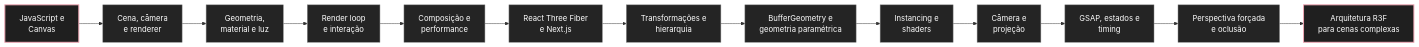
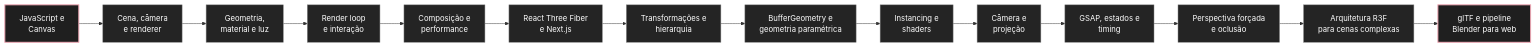
Before and after one commit to leorruas/programacao: the diagram in javascript/07-threejs/00-Guia de estudos de Three.js.md, drawn with Mermaid. The commit also changed other lines of this file, not shown here.

````diff
--- a/javascript/07-threejs/00-Guia de estudos de Three.js.md
+++ b/javascript/07-threejs/00-Guia de estudos de Three.js.md
@@ -30,20 +31,21 @@
 ```mermaid
 flowchart LR
     A["JavaScript e<br>Canvas"] --> B["Cena, câmera<br>e renderer"]
     B --> C["Geometria,<br>material e luz"]
     C --> D["Render loop<br>e interação"]
     D --> E["Composição e<br>performance"]
     E --> F["React Three Fiber<br>e Next.js"]
     F --> G["Transformações e<br>hierarquia"]
     G --> H["BufferGeometry e<br>geometria paramétrica"]
     H --> I["Instancing e<br>shaders"]
     I --> J["Câmera e<br>projeção"]
     J --> K["GSAP, estados e<br>timing"]
     K --> L["Perspectiva forçada<br>e oclusão"]
     L --> M["Arquitetura R3F<br>para cenas complexas"]
+    M --> N["glTF e pipeline<br>Blender para web"]
 
     classDef core fill:#1f1f1f,stroke:#f1a7b5,color:#fff,stroke-width:2px;
     classDef component fill:#242424,stroke:#888,color:#fff;
-    class A,M core;
-    class B,C,D,E,F,G,H,I,J,K,L component;
+    class A,N core;
+    class B,C,D,E,F,G,H,I,J,K,L,M component;
 ```
````
